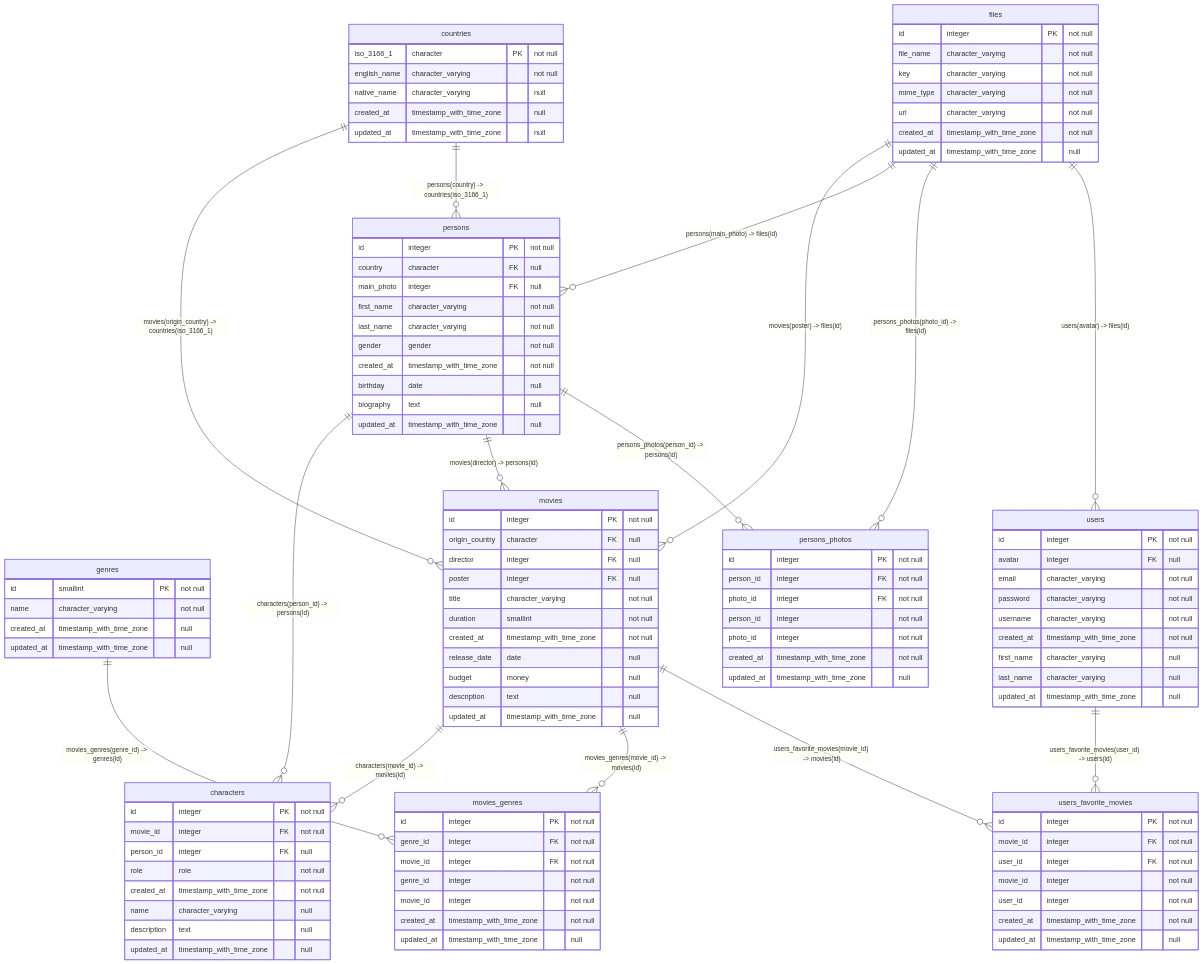
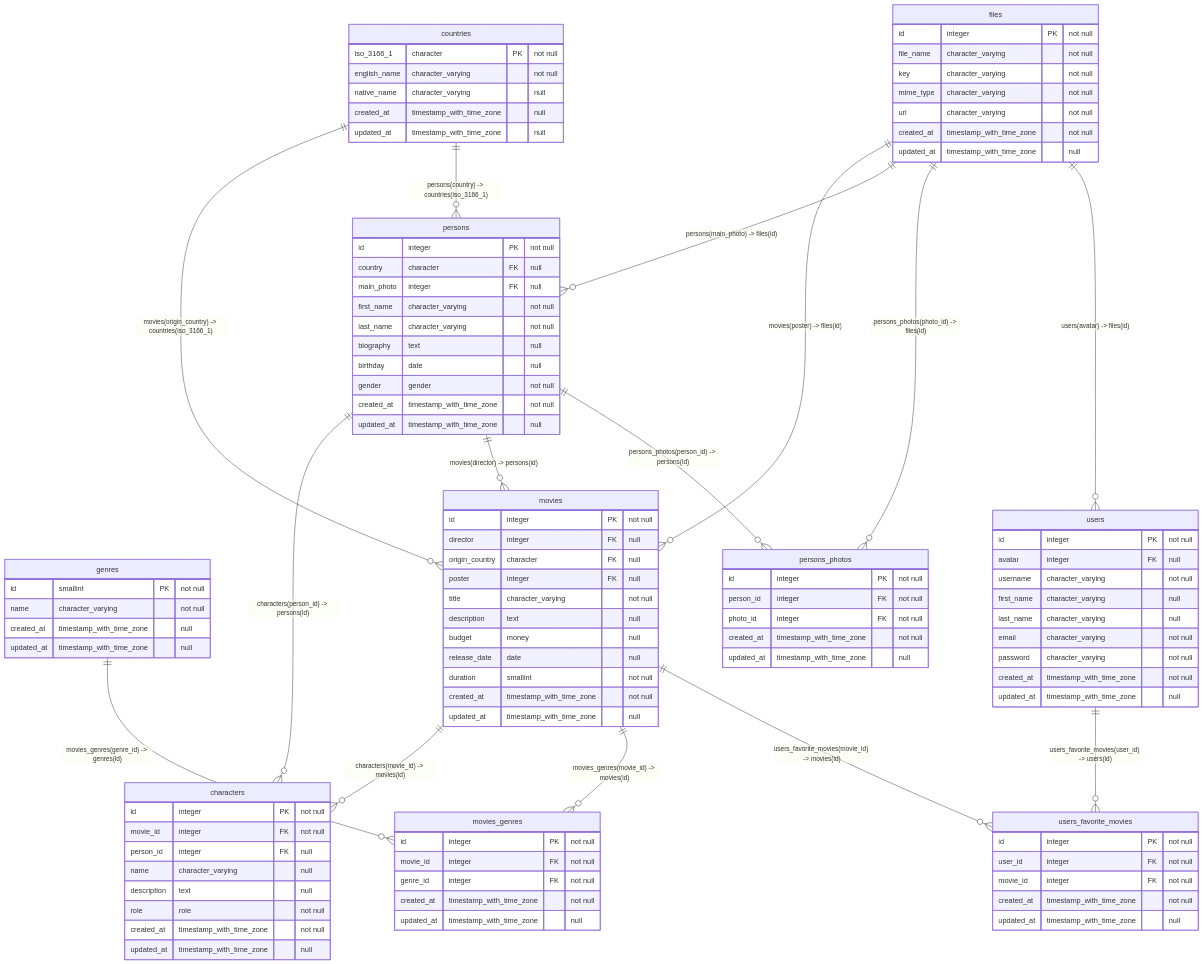
The diagram in README.md (sergey-banduryn/bsa24-l8-db-and-sql), drawn with Mermaid before and after one commit.

```diff
--- a/README.md
+++ b/README.md
@@ -7,10 +7,10 @@
         id integer PK "not null"
         movie_id integer FK "not null"
         person_id integer FK "null"
+        name character_varying "null"
+        description text "null"
         role role "not null"
         created_at timestamp_with_time_zone "not null"
-        name character_varying "null"
-        description text "null"
         updated_at timestamp_with_time_zone "null"
     }
 
@@ -41,24 +41,22 @@
 
     movies {
         id integer PK "not null"
+        director integer FK "null"
         origin_country character FK "null"
-        director integer FK "null"
         poster integer FK "null"
         title character_varying "not null"
+        description text "null"
+        budget money "null"
+        release_date date "null"
         duration smallint "not null"
         created_at timestamp_with_time_zone "not null"
-        release_date date "null"
-        budget money "null"
-        description text "null"
         updated_at timestamp_with_time_zone "null"
     }
 
     movies_genres {
         id integer PK "not null"
+        movie_id integer FK "not null"
         genre_id integer FK "not null"
-        movie_id integer FK "not null"
-        genre_id integer "not null"
-        movie_id integer "not null"
         created_at timestamp_with_time_zone "not null"
         updated_at timestamp_with_time_zone "null"
     }
@@ -69,10 +67,10 @@
         main_photo integer FK "null"
         first_name character_varying "not null"
         last_name character_varying "not null"
+        biography text "null"
+        birthday date "null"
         gender gender "not null"
         created_at timestamp_with_time_zone "not null"
-        birthday date "null"
-        biography text "null"
         updated_at timestamp_with_time_zone "null"
     }
 
@@ -80,8 +78,6 @@
         id integer PK "not null"
         person_id integer FK "not null"
         photo_id integer FK "not null"
-        person_id integer "not null"
-        photo_id integer "not null"
         created_at timestamp_with_time_zone "not null"
         updated_at timestamp_with_time_zone "null"
     }
@@ -89,21 +85,19 @@
     users {
         id integer PK "not null"
         avatar integer FK "null"
+        username character_varying "not null"
+        first_name character_varying "null"
+        last_name character_varying "null"
         email character_varying "not null"
         password character_varying "not null"
-        username character_varying "not null"
         created_at timestamp_with_time_zone "not null"
-        first_name character_varying "null"
-        last_name character_varying "null"
         updated_at timestamp_with_time_zone "null"
     }
 
     users_favorite_movies {
         id integer PK "not null"
+        user_id integer FK "not null"
         movie_id integer FK "not null"
-        user_id integer FK "not null"
-        movie_id integer "not null"
-        user_id integer "not null"
         created_at timestamp_with_time_zone "not null"
         updated_at timestamp_with_time_zone "null"
     }
```
